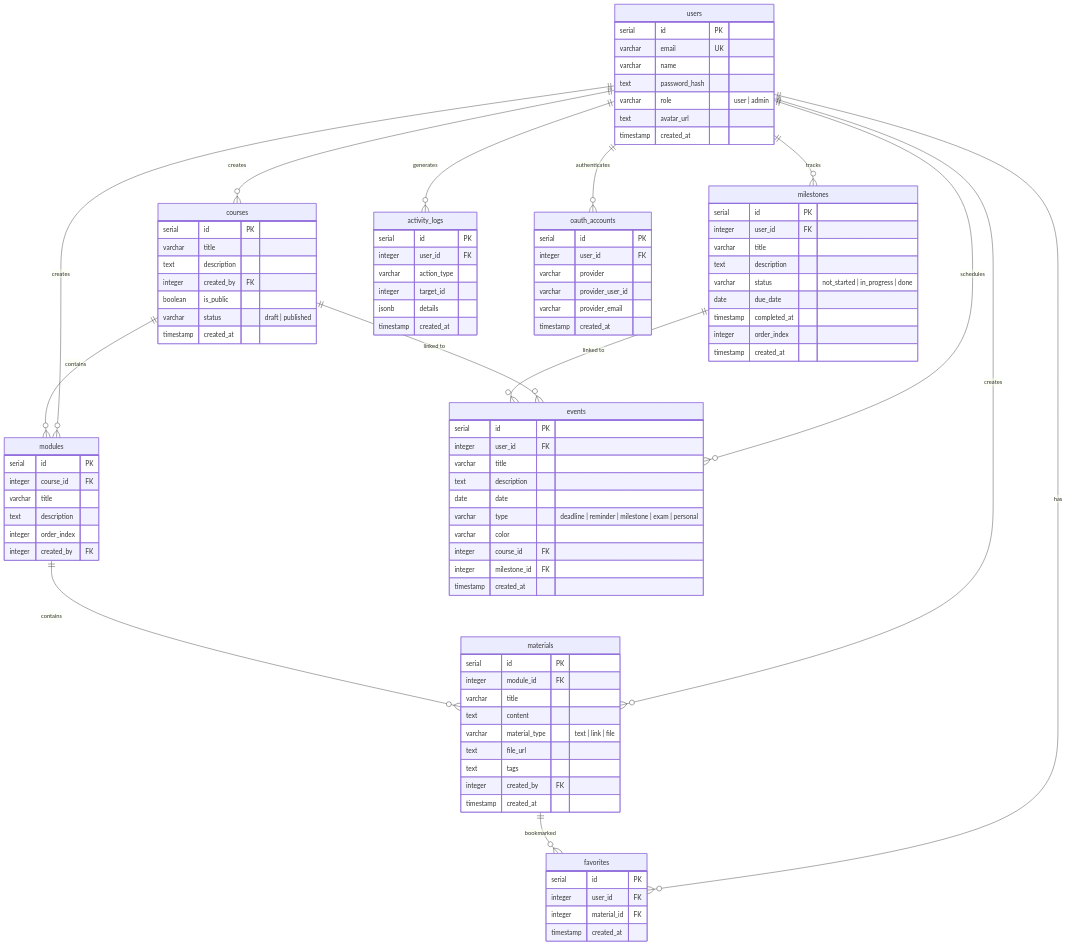
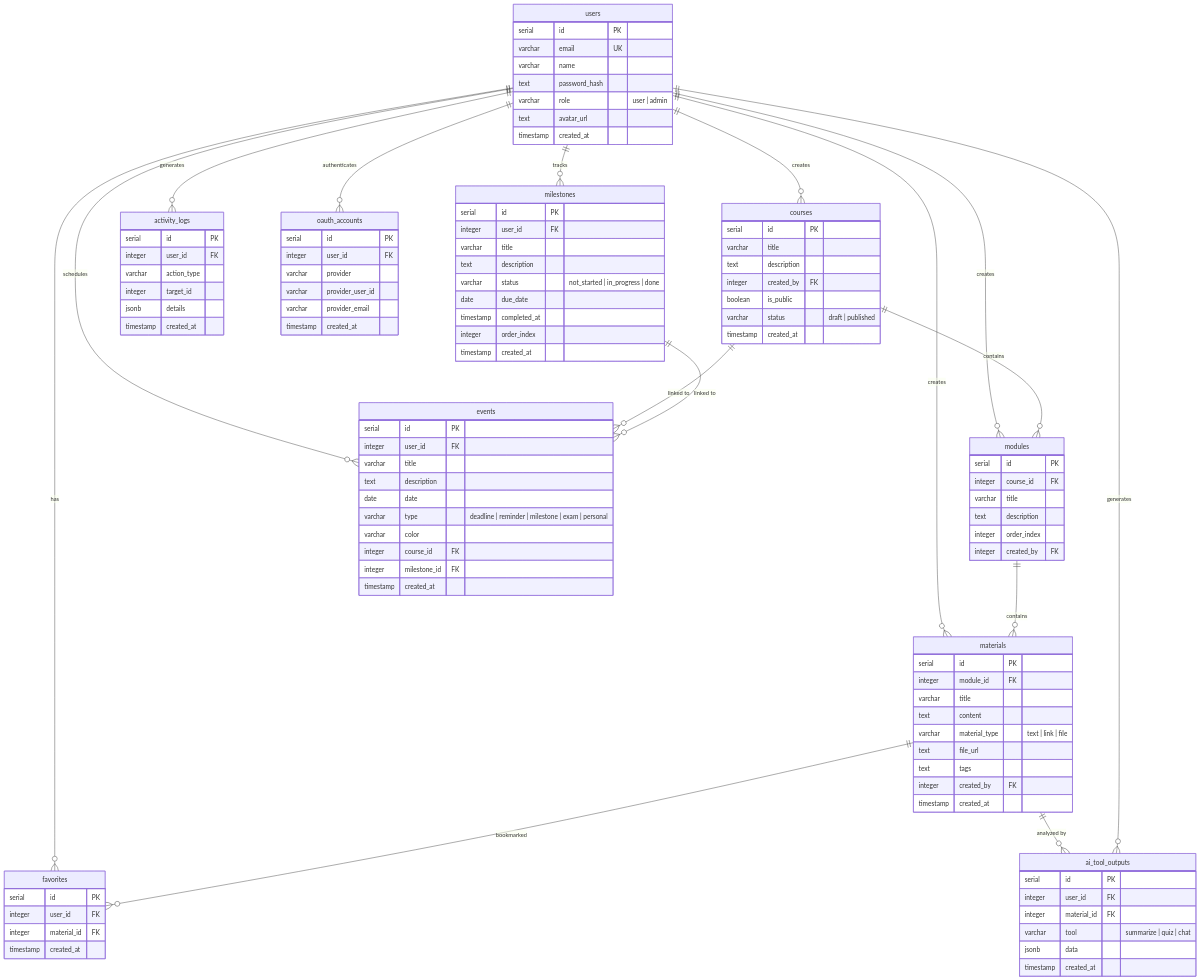
Before and after one commit to mariva565/mariva565-full-stack-ai-capstone: the fourth of 4 diagrams in README.md, drawn with Mermaid. The commit also changed other lines of this file and 9 other files, not shown here.

```diff
--- a/README.md
+++ b/README.md
@@ -355,6 +358,15 @@
         timestamp created_at
     }
 
+    ai_tool_outputs {
+        serial id PK
+        integer user_id FK
+        integer material_id FK
+        varchar tool "summarize | quiz | chat"
+        jsonb data
+        timestamp created_at
+    }
+
     oauth_accounts {
         serial id PK
         integer user_id FK
@@ -376,6 +388,8 @@
     courses ||--o{ modules : contains
     modules ||--o{ materials : contains
     materials ||--o{ favorites : bookmarked
+    materials ||--o{ ai_tool_outputs : "analyzed by"
+    users ||--o{ ai_tool_outputs : generates
 
     courses ||--o{ events : "linked to"
     milestones ||--o{ events : "linked to"
```
